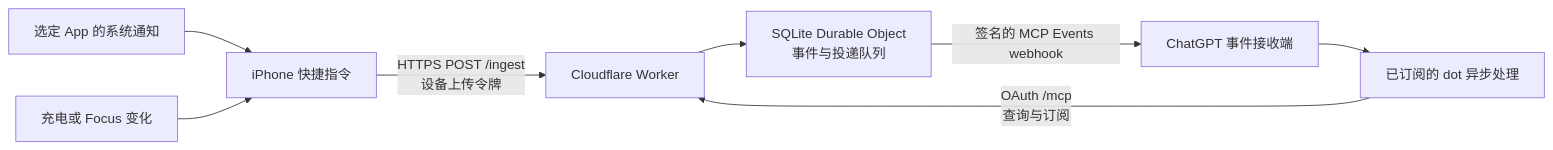
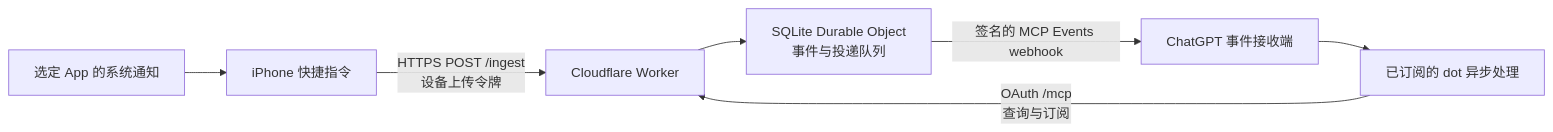
One commit to zzaachaary/dotlink changed the diagram in docs/zh-CN/architecture.md. Above: the diagram before and after it, drawn with Mermaid. The commit also changed other lines of this file and 26 other files, not shown here.

````diff
--- a/docs/zh-CN/architecture.md
+++ b/docs/zh-CN/architecture.md
@@ -11,10 +13,9 @@
 ```mermaid
 flowchart LR
   A[选定 App 的系统通知] --> S[iPhone 快捷指令]
-  B[充电或 Focus 变化] --> S
   S -->|HTTPS POST /ingest<br/>设备上传令牌| W[Cloudflare Worker]
   W --> D[SQLite Durable Object<br/>事件与投递队列]
   D -->|签名的 MCP Events webhook| C[ChatGPT 事件接收端]
   C --> T[已订阅的 dot 异步处理]
   T -->|OAuth /mcp<br/>查询与订阅| W
 ```
````
